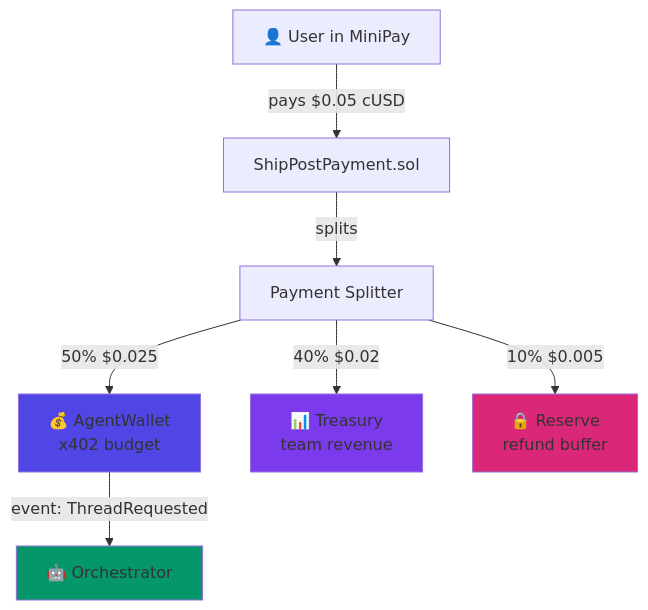
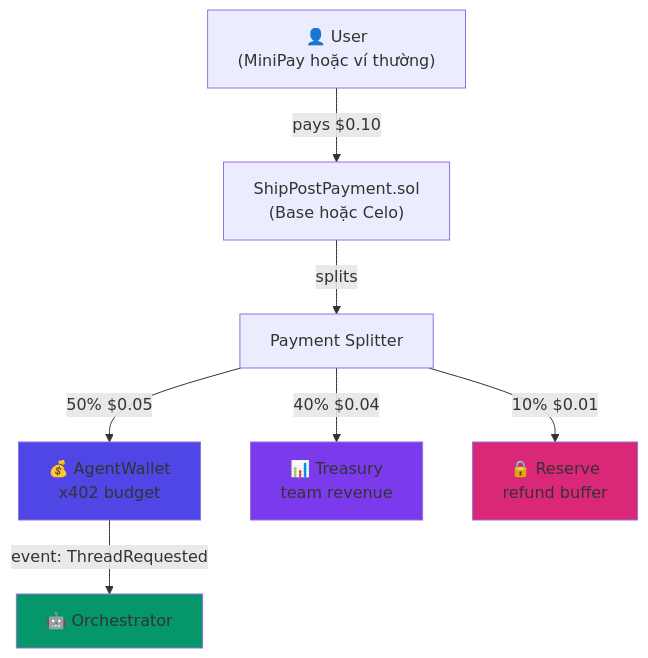
The first of 6 diagrams in docs/x402-flow-diagrams.md (hms1499/shippost), drawn with Mermaid before and after one commit. The commit also changed other lines of this file and 8 other files, not shown here.

````diff
--- a/docs/x402-flow-diagrams.md
+++ b/docs/x402-flow-diagrams.md
@@ -5,15 +5,15 @@
 ```mermaid
 flowchart TD
-    User["👤 User in MiniPay"] -->|pays $0.05 cUSD| SP["ShipPostPayment.sol"]
+    User["👤 User<br/>(MiniPay hoặc ví thường)"] -->|"pays $0.10"| SP["ShipPostPayment.sol<br/>(Base hoặc Celo)"]
     SP -->|splits| Split["Payment Splitter"]
-    Split -->|50% $0.025| AW["💰 AgentWallet<br/>x402 budget"]
-    Split -->|40% $0.02| TR["📊 Treasury<br/>team revenue"]
-    Split -->|10% $0.005| RS["🔒 Reserve<br/>refund buffer"]
+    Split -->|50% $0.05| AW["💰 AgentWallet<br/>x402 budget"]
+    Split -->|40% $0.04| TR["📊 Treasury<br/>team revenue"]
+    Split -->|10% $0.01| RS["🔒 Reserve<br/>refund buffer"]
     
     AW -->|event: ThreadRequested| OR["🤖 Orchestrator"]
     
     style AW fill:#4f46e5
     style TR fill:#7c3aed
     style RS fill:#db2777
     style OR fill:#059669
 ```
````
